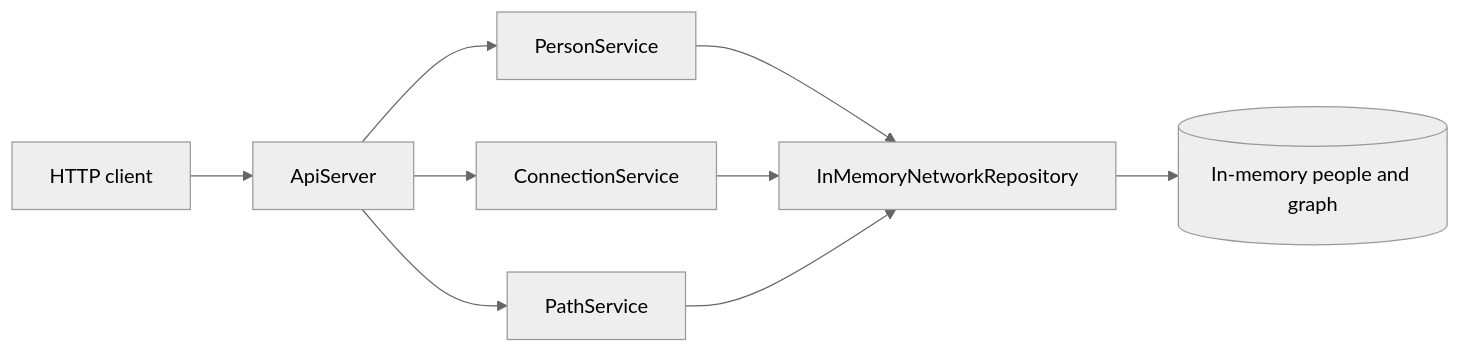
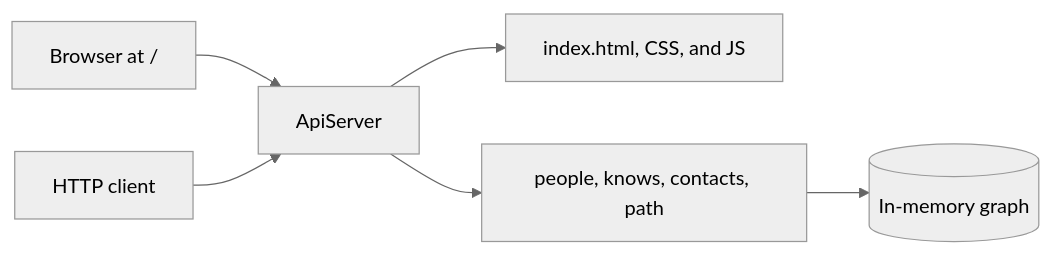
Before and after one commit to Utkarsh-sharma47/nada: the diagram in README.md, drawn with Mermaid (neutral theme). The commit also changed other lines of this file, not shown here.

````diff
--- a/README.md
+++ b/README.md
@@ -36,11 +99,8 @@
 ```mermaid
 flowchart LR
-  Client[HTTP client] --> Server[ApiServer]
-  Server --> People[PersonService]
-  Server --> Connections[ConnectionService]
-  Server --> Paths[PathService]
-  People --> Repository[InMemoryNetworkRepository]
-  Connections --> Repository
-  Paths --> Repository
-  Repository --> Store[(In-memory people and graph)]
+  Browser[Browser at /] --> Server[ApiServer]
+  Client[HTTP client] --> Server
+  Server --> Files[index.html, CSS, and JS]
+  Server --> API[people, knows, contacts, path]
+  API --> Memory[(In-memory graph)]
 ```
````
